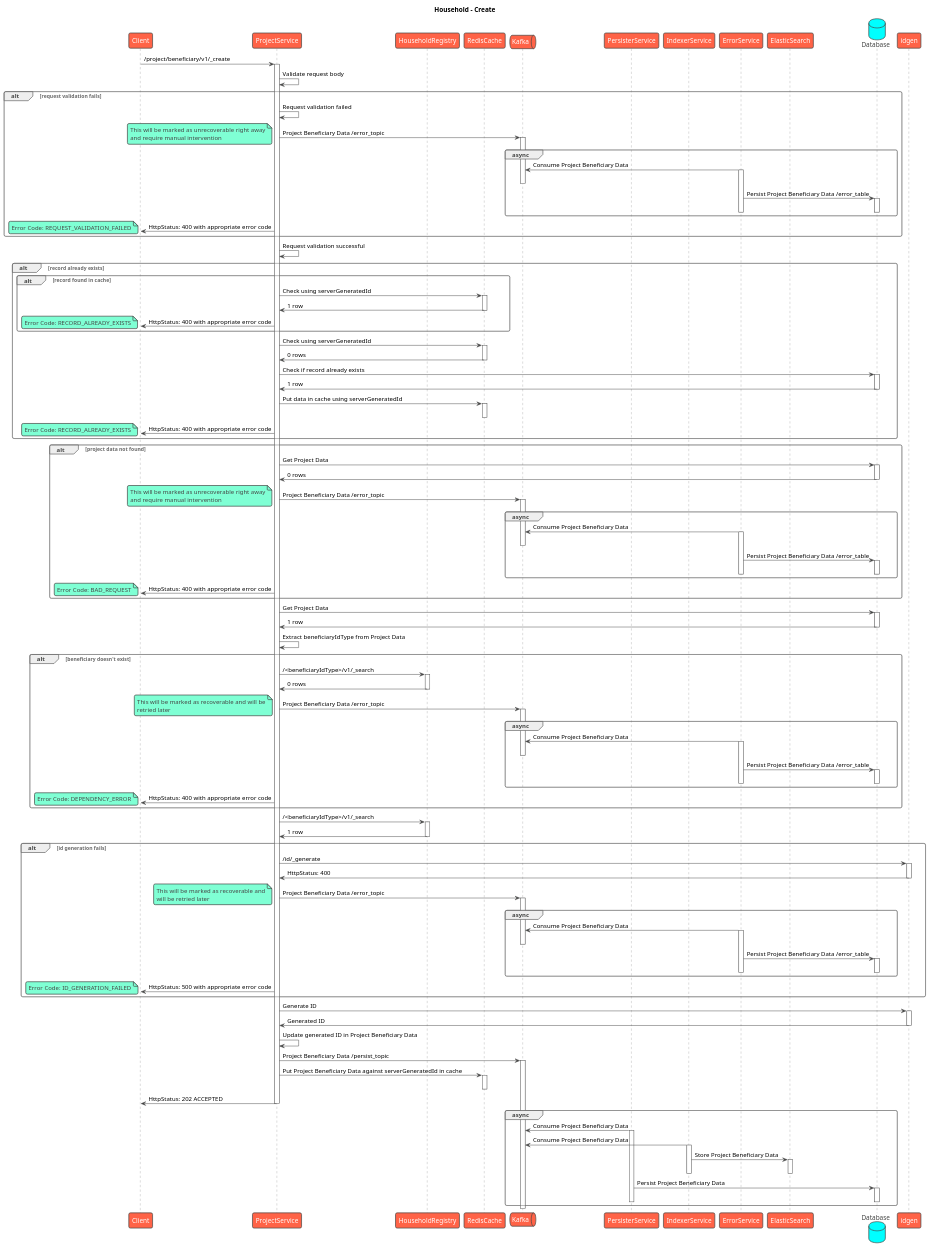
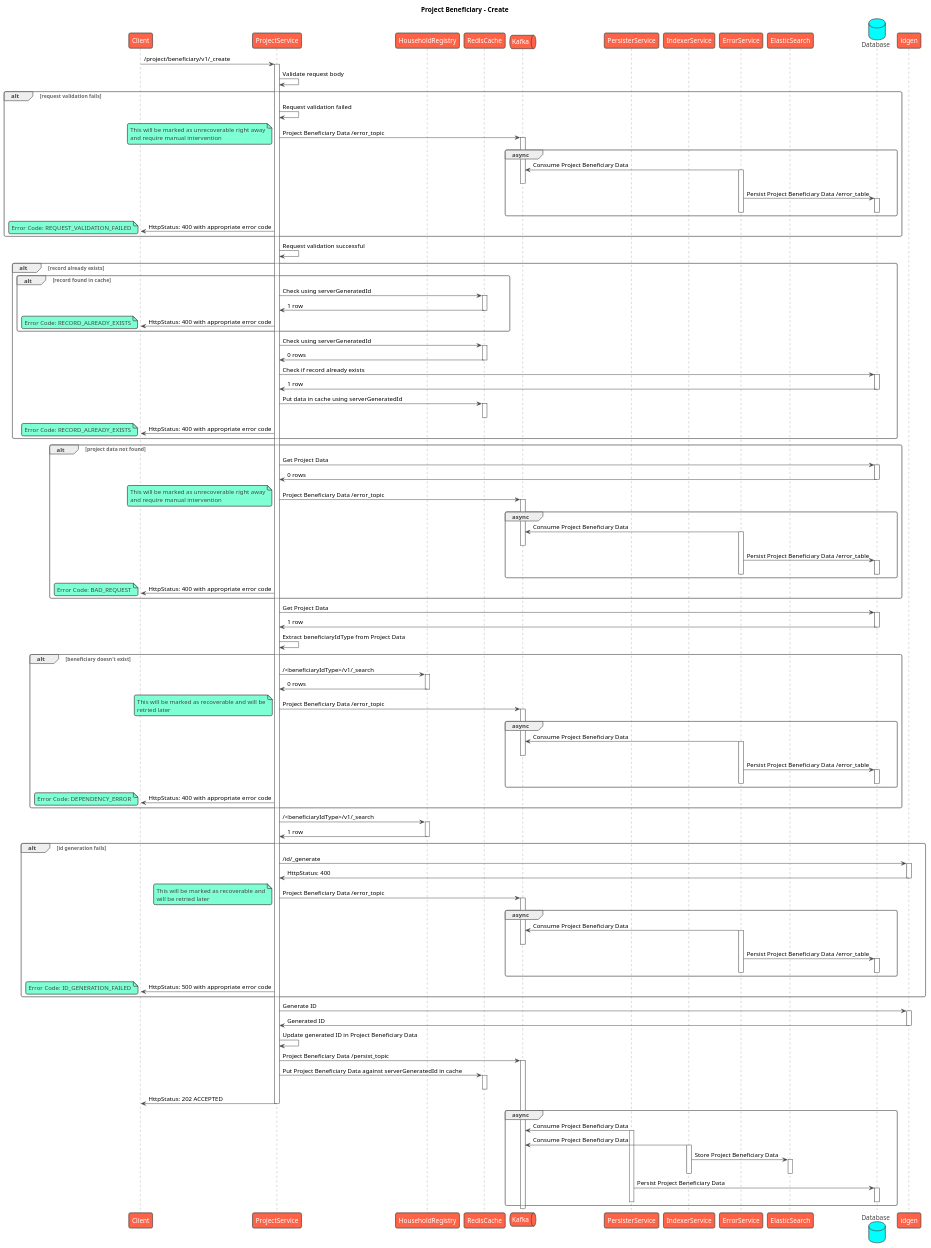
The diagram in contracts/project/beneficiary/sequence/create.puml (egovernments/health-api-specs), drawn with PlantUML before and after one commit. The commit also changed 2 other files, not shown here.

Commit message:
Sequence: /project/beneficiary/v1/_search
- Minor changes in create
- Fix in additionalDetails for Household

```diff
--- a/contracts/project/beneficiary/sequence/create.puml
+++ b/contracts/project/beneficiary/sequence/create.puml
@@ -1,178 +1,178 @@
 @startuml
-title Household - Create
+title Project Beneficiary - Create
 !theme vibrant
 participant Client as c
 participant ProjectService as s
 participant HouseholdRegistry as s2
 participant RedisCache as rc
 queue Kafka as k
 participant PersisterService as prs
 participant IndexerService as idx
 participant ErrorService as es
 participant ElasticSearch as el
 database Database as db
 c -> s : /project/beneficiary/v1/_create
 activate s
 s -> s: Validate request body
 alt request validation fails
     s -> s: Request validation failed
     s -> k: Project Beneficiary Data /error_topic
     note left
         This will be marked as unrecoverable right away
         and require manual intervention
     end note
     activate k
     group async
         es -> k: Consume Project Beneficiary Data
         activate es
         deactivate k
         es -> db: Persist Project Beneficiary Data /error_table
         activate db
         deactivate db
         deactivate es
     end
     s -> c: HttpStatus: 400 with appropriate error code
     note left
         Error Code: REQUEST_VALIDATION_FAILED
     end note
 end
 s -> s: Request validation successful
 alt record already exists
     alt record found in cache
       s -> rc: Check using serverGeneratedId
       activate rc
       rc -> s: 1 row
       deactivate rc
       s -> c: HttpStatus: 400 with appropriate error code
       note left
           Error Code: RECORD_ALREADY_EXISTS
       end note
     end
     s -> rc: Check using serverGeneratedId
     activate rc
     rc -> s: 0 rows
     deactivate rc
     s -> db: Check if record already exists
     activate db
     db -> s: 1 row
     deactivate db
     s -> rc: Put data in cache using serverGeneratedId
     activate rc
     deactivate rc
     s -> c: HttpStatus: 400 with appropriate error code
     note left
         Error Code: RECORD_ALREADY_EXISTS
     end note
 end
 alt project data not found
     s -> db: Get Project Data
     activate db
     db -> s: 0 rows
     deactivate db
     s -> k: Project Beneficiary Data /error_topic
     note left
         This will be marked as unrecoverable right away
         and require manual intervention
     end note
     activate k
     group async
         es -> k: Consume Project Beneficiary Data
         activate es
         deactivate k
         es -> db: Persist Project Beneficiary Data /error_table
         activate db
         deactivate db
         deactivate es
     end
     s -> c: HttpStatus: 400 with appropriate error code
     note left
         Error Code: BAD_REQUEST
     end note
 end
 s -> db: Get Project Data
 activate db
 db -> s: 1 row
 deactivate db
 s -> s: Extract beneficiaryIdType from Project Data
 alt beneficiary doesn't exist
     s -> s2: /<beneficiaryIdType>/v1/_search
     activate s2
     s2 -> s: 0 rows
     deactivate s2
     s -> k: Project Beneficiary Data /error_topic
     note left
         This will be marked as recoverable and will be
         retried later
     end note
     activate k
     group async
         es -> k: Consume Project Beneficiary Data
         activate es
         deactivate k
         es -> db: Persist Project Beneficiary Data /error_table
         activate db
         deactivate db
         deactivate es
     end
     s -> c: HttpStatus: 400 with appropriate error code
     note left
         Error Code: DEPENDENCY_ERROR
     end note
 end
 s -> s2: /<beneficiaryIdType>/v1/_search
 activate s2
 s2 -> s: 1 row
 deactivate s2
 alt id generation fails
     s -> idgen: /id/_generate
     activate idgen
     idgen -> s: HttpStatus: 400
     deactivate idgen
     s -> k: Project Beneficiary Data /error_topic
     note left
         This will be marked as recoverable and
         will be retried later
     end note
     activate k
     group async
         es -> k: Consume Project Beneficiary Data
         activate es
         deactivate k
         es -> db: Persist Project Beneficiary Data /error_table
         activate db
         deactivate db
         deactivate es
     end
     s -> c: HttpStatus: 500 with appropriate error code
     note left
       Error Code: ID_GENERATION_FAILED
     end note
 end
 s -> idgen: Generate ID
 activate idgen
 idgen -> s: Generated ID
 deactivate idgen
 s -> s: Update generated ID in Project Beneficiary Data
 s -> k: Project Beneficiary Data /persist_topic
 activate k
 s -> rc: Put Project Beneficiary Data against serverGeneratedId in cache
 activate rc
 deactivate rc
 s -> c: HttpStatus: 202 ACCEPTED
 deactivate s
 group async
     prs -> k: Consume Project Beneficiary Data
     activate prs
     idx -> k: Consume Project Beneficiary Data
     activate idx
     idx -> el: Store Project Beneficiary Data
     activate el
     deactivate el
     deactivate idx
     prs -> db: Persist Project Beneficiary Data
     activate db
     deactivate db
     deactivate prs
 end
 deactivate k
 @enduml
```
